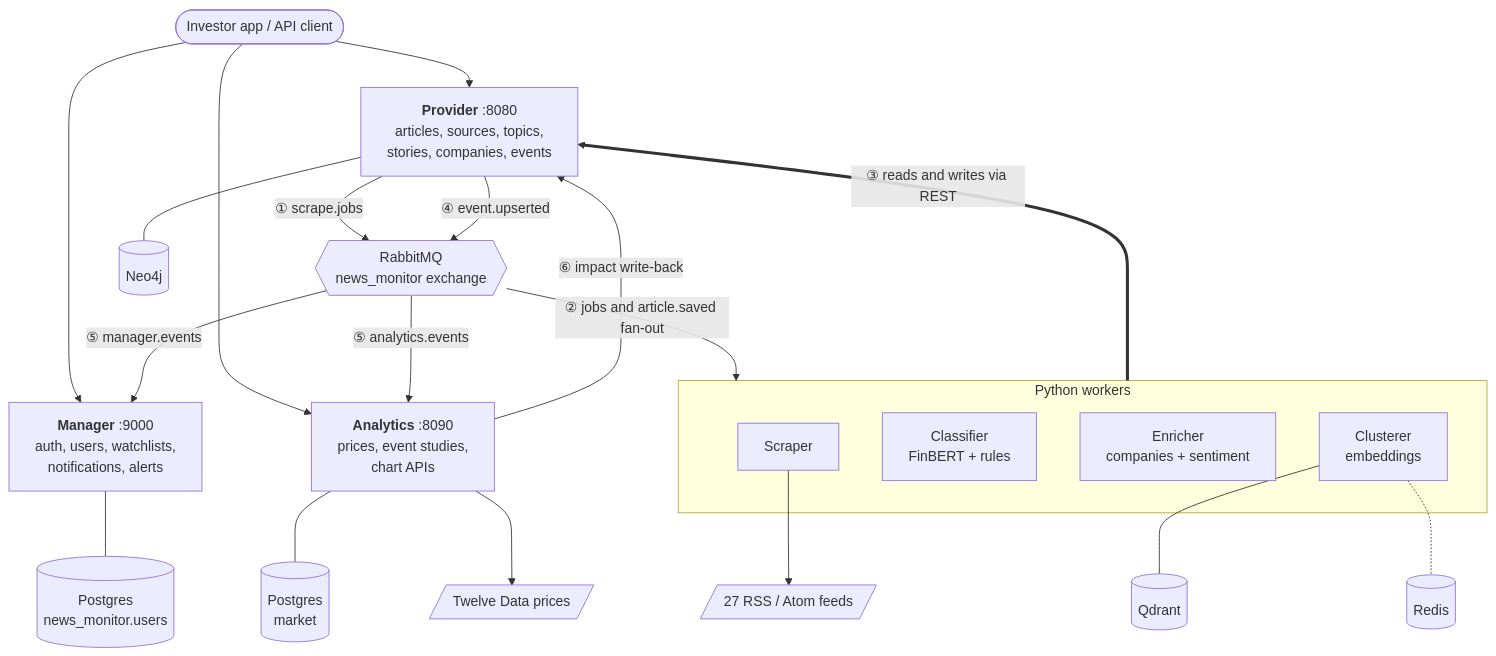
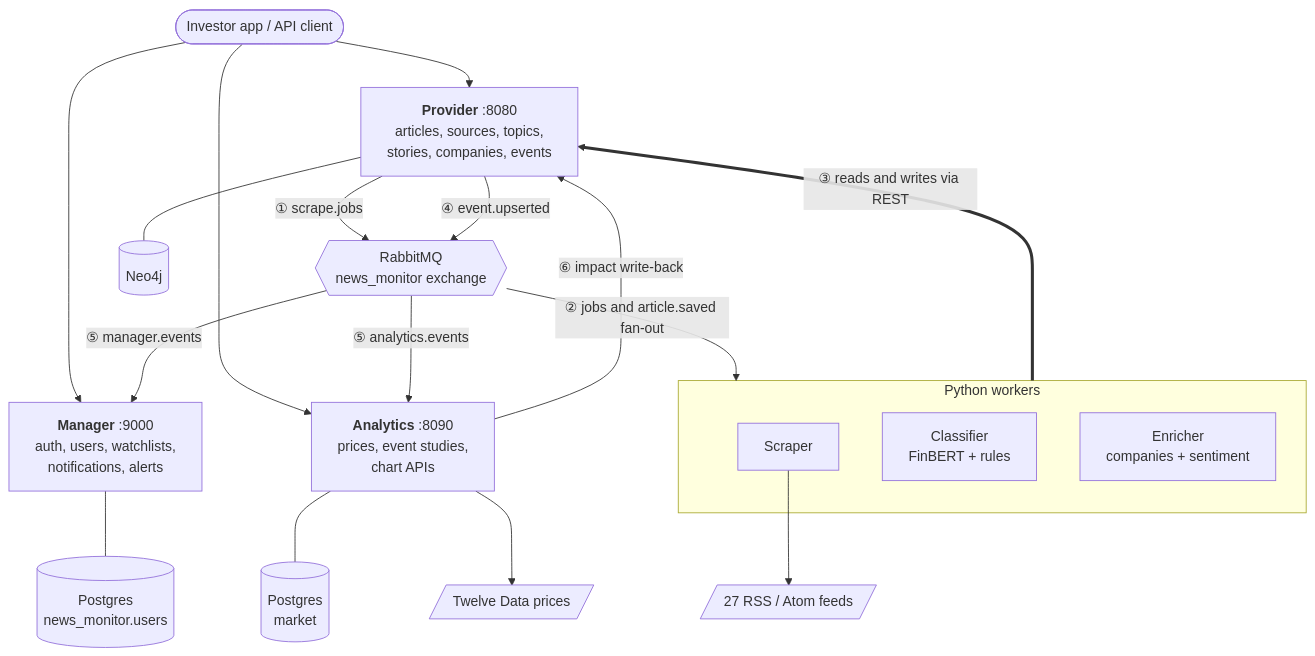
One commit to gabriel-2802/News-Media-Company-Tracker changed the first of 7 diagrams in documentation/SYSTEM_FLOW.md. Above: the diagram before and after it, drawn with Mermaid. The commit also changed other lines of this file and 59 other files, not shown here.

````diff
--- a/documentation/SYSTEM_FLOW.md
+++ b/documentation/SYSTEM_FLOW.md
@@ -19,44 +19,38 @@
 ```mermaid
 flowchart TB
     client([Investor app / API client])
 
     manager["<b>Manager</b> :9000<br/>auth, users, watchlists,<br/>notifications, alerts"]
     provider["<b>Provider</b> :8080<br/>articles, sources, topics,<br/>stories, companies, events"]
     analytics["<b>Analytics</b> :8090<br/>prices, event studies,<br/>chart APIs"]
 
     rabbit{{"RabbitMQ<br/>news_monitor exchange"}}
 
     subgraph workers[Python workers]
         scraper[Scraper]
         classifier["Classifier<br/>FinBERT + rules"]
         enricher["Enricher<br/>companies + sentiment"]
-        clusterer["Clusterer<br/>embeddings"]
     end
 
     pg[("Postgres<br/>news_monitor.users")]
     neo[(Neo4j)]
     market[("Postgres<br/>market")]
-    qdrant[(Qdrant)]
-    redis[(Redis)]
     feeds[/27 RSS / Atom feeds/]
     twelve[/Twelve Data prices/]
 
     client --> manager & provider & analytics
 
     manager --- pg
     provider --- neo
     analytics --- market
 
     provider -->|"① scrape.jobs"| rabbit
     rabbit -->|"② jobs and article.saved fan-out"| workers
     scraper --> feeds
     workers ==>|"③ reads and writes via REST"| provider
     provider -->|"④ event.upserted"| rabbit
     rabbit -->|"⑤ analytics.events"| analytics
     rabbit -->|"⑤ manager.events"| manager
     analytics -->|"⑥ impact write-back"| provider
     analytics --> twelve
-
-    clusterer --- qdrant
-    clusterer -.- redis
 ```
````
